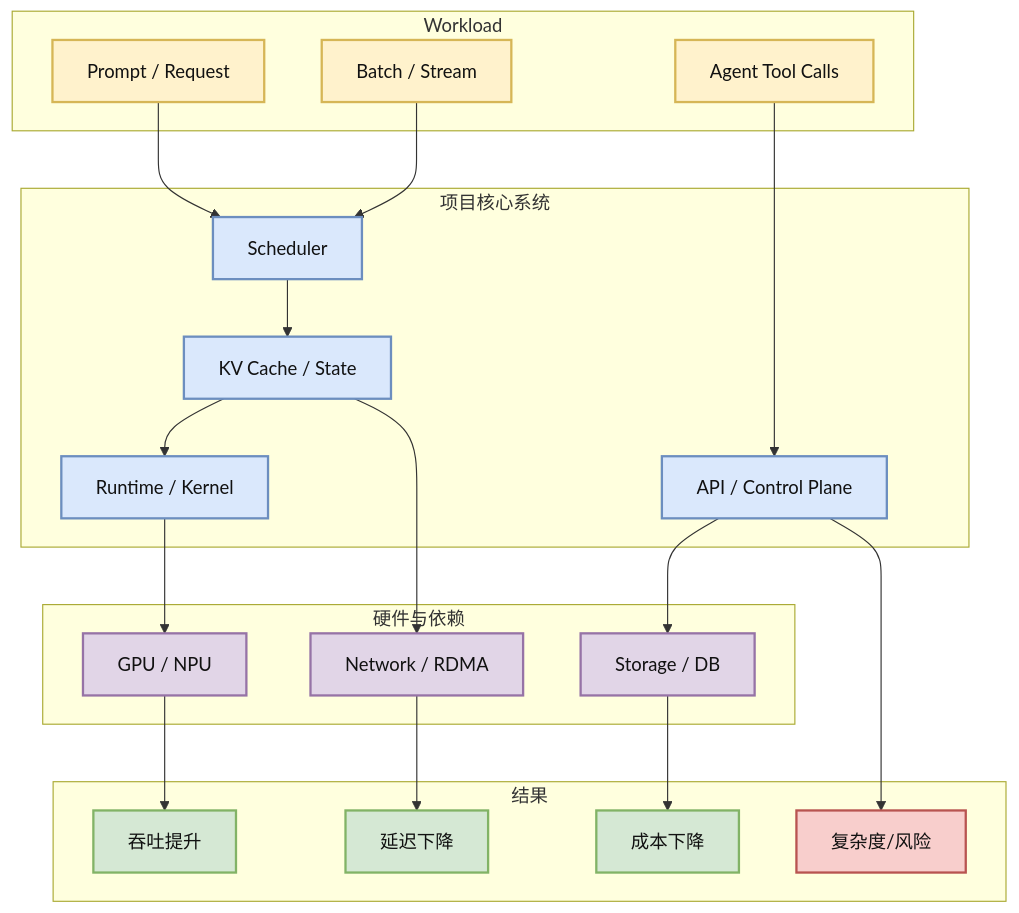
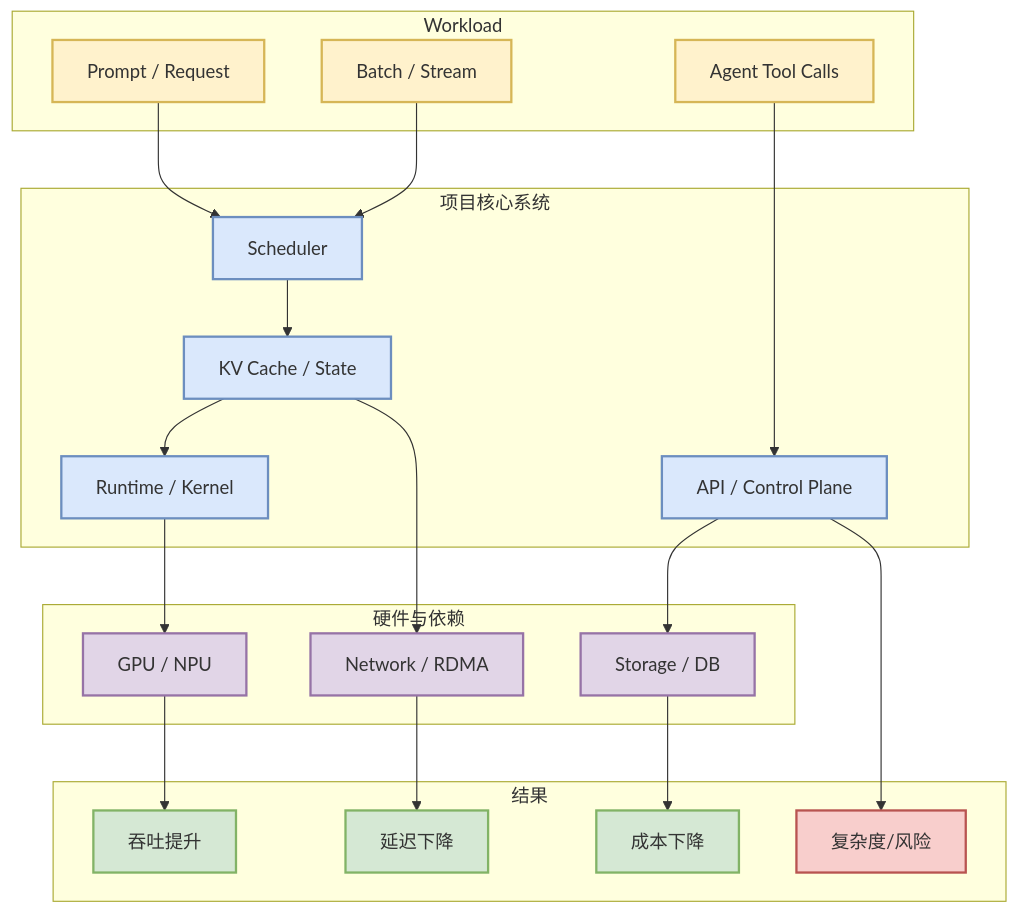
The third of 6 diagrams in Templates/mermaid-patterns.md (dyt27666-oss/AI-news-report-obsidians), drawn with Mermaid before and after one commit. The commit also changed other lines of this file, not shown here.

Commit message:
Expand Mermaid pattern library

````diff
--- a/Templates/mermaid-patterns.md
+++ b/Templates/mermaid-patterns.md
@@ -102,51 +117,51 @@
 ```mermaid
 flowchart TB
   subgraph Workload[Workload]
     W1[Prompt / Request]
     W2[Batch / Stream]
     W3[Agent Tool Calls]
   end
 
   subgraph System[项目核心系统]
     S1[Scheduler]
     S2[KV Cache / State]
     S3[Runtime / Kernel]
     S4[API / Control Plane]
   end
 
   subgraph Hardware[硬件与依赖]
     H1[GPU / NPU]
     H2[Network / RDMA]
     H3[Storage / DB]
   end
 
   subgraph Outcome[结果]
     O1[吞吐提升]
     O2[延迟下降]
     O3[成本下降]
     O4[复杂度/风险]
   end
 
   W1 --> S1
   W2 --> S1
   W3 --> S4
   S1 --> S2 --> S3
   S3 --> H1
   S2 --> H2
   S4 --> H3
   H1 --> O1
   H2 --> O2
   H3 --> O3
   S4 --> O4
 
-  classDef workload fill:#fff2cc,stroke:#d6b656,stroke-width:2px,color:#111;
-  classDef system fill:#dae8fc,stroke:#6c8ebf,stroke-width:2px,color:#111;
-  classDef hardware fill:#e1d5e7,stroke:#9673a6,stroke-width:2px,color:#111;
-  classDef outcome fill:#d5e8d4,stroke:#82b366,stroke-width:2px,color:#111;
-  classDef risk fill:#f8cecc,stroke:#b85450,stroke-width:2px,color:#111;
+  classDef workload fill:#fff2cc,stroke:#d6b656,stroke-width:2px;
+  classDef system   fill:#dae8fc,stroke:#6c8ebf,stroke-width:2px;
+  classDef hardware fill:#e1d5e7,stroke:#9673a6,stroke-width:2px;
+  classDef outcome  fill:#d5e8d4,stroke:#82b366,stroke-width:2px;
+  classDef risk     fill:#f8cecc,stroke:#b85450,stroke-width:2px;
   class W1,W2,W3 workload;
   class S1,S2,S3,S4 system;
   class H1,H2,H3 hardware;
   class O1,O2,O3 outcome;
   class O4 risk;
 ```
````
